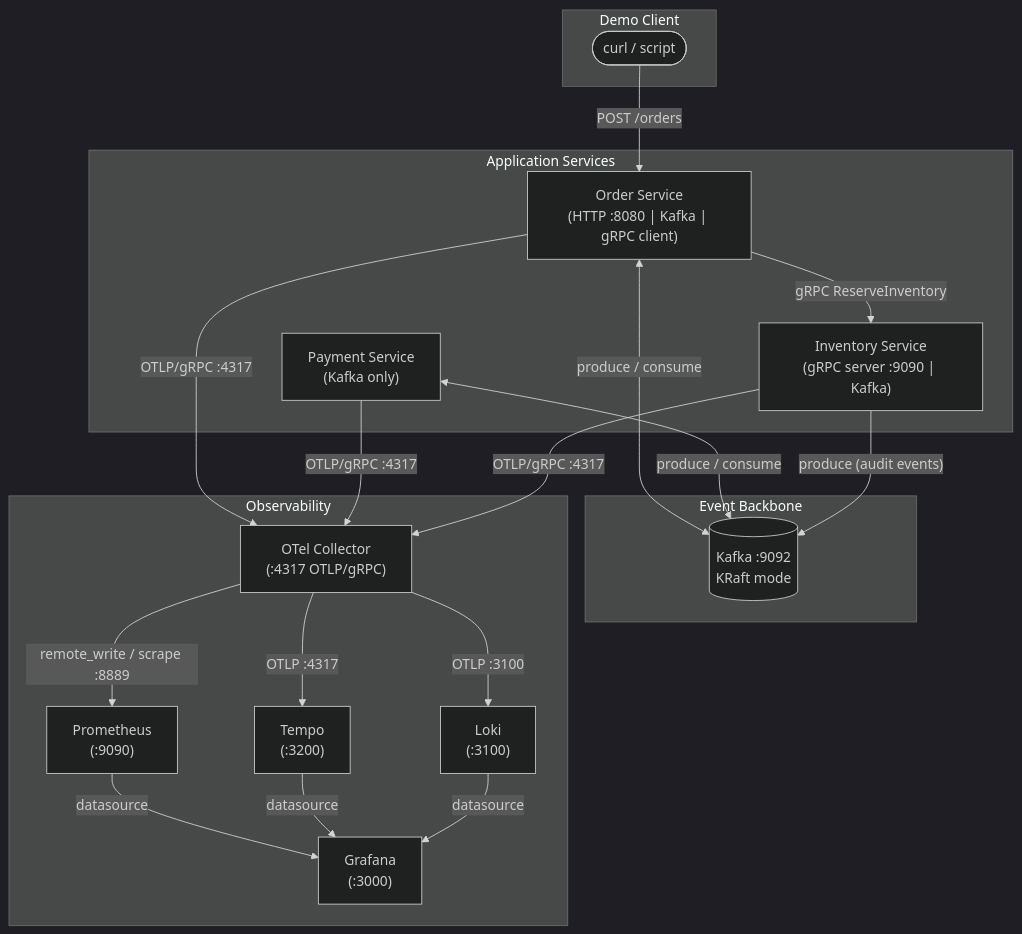
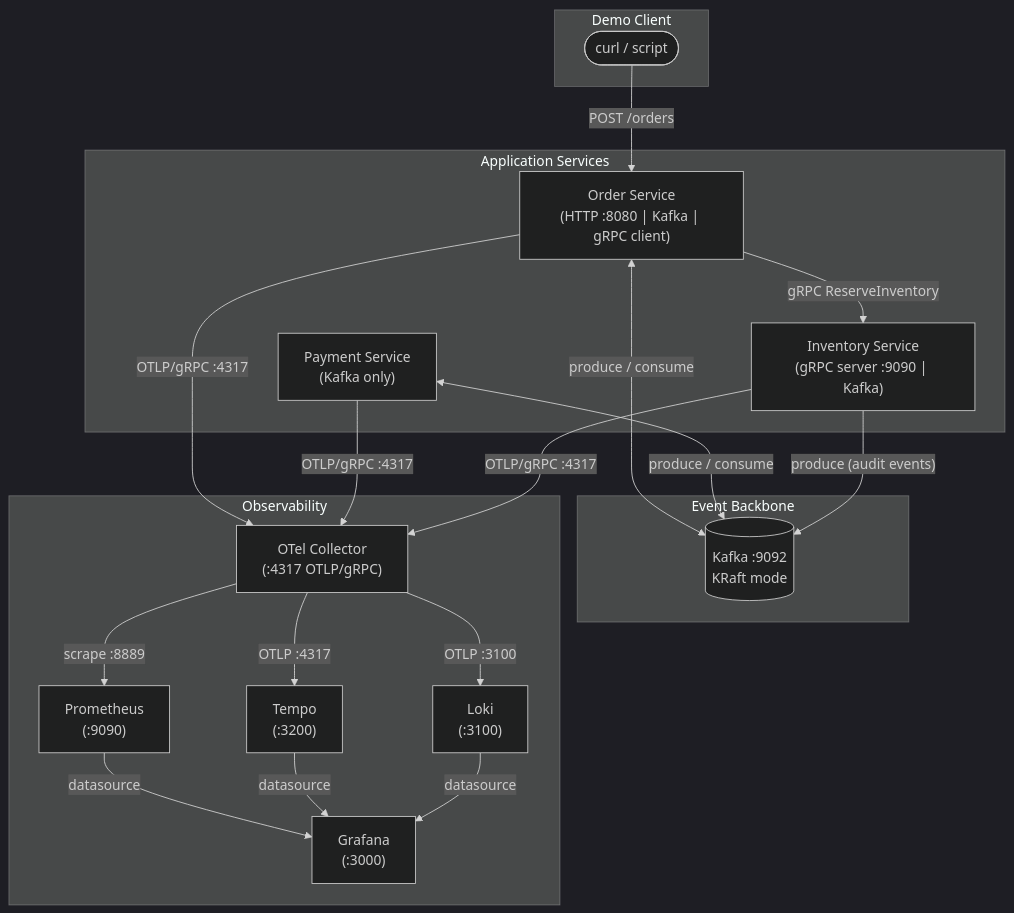
One commit to vlantonov/OrderSagaDemo changed the first of 3 diagrams in docs/design/architecture.md. Above: the diagram before and after it, drawn with Mermaid (dark theme). The commit also changed other lines of this file and 6 other files, not shown here.

````diff
--- a/docs/design/architecture.md
+++ b/docs/design/architecture.md
@@ -31,42 +31,42 @@
 ```mermaid
 graph TD
     subgraph "Demo Client"
         CLI([curl / script])
     end
 
     subgraph "Application Services"
         OS["Order Service\n(HTTP :8080 | Kafka | gRPC client)"]
         PS["Payment Service\n(Kafka only)"]
         IS["Inventory Service\n(gRPC server :9090 | Kafka)"]
     end
 
     subgraph "Event Backbone"
         KF[(Kafka :9092\nKRaft mode)]
     end
 
     subgraph "Observability"
         OC["OTel Collector\n(:4317 OTLP/gRPC)"]
         PR["Prometheus\n(:9090)"]
         LK["Loki\n(:3100)"]
         TP["Tempo\n(:3200)"]
         GF["Grafana\n(:3000)"]
     end
 
     CLI -->|"POST /orders"| OS
     OS -->|"gRPC ReserveInventory"| IS
     OS <-->|"produce / consume"| KF
     PS <-->|"produce / consume"| KF
     IS -->|"produce (audit events)"| KF
 
     OS -->|"OTLP/gRPC :4317"| OC
     PS -->|"OTLP/gRPC :4317"| OC
     IS -->|"OTLP/gRPC :4317"| OC
 
-    OC -->|"remote_write / scrape :8889"| PR
+    OC -->|"scrape :8889"| PR
     OC -->|"OTLP :4317"| TP
     OC -->|"OTLP :3100"| LK
 
     PR -->|"datasource"| GF
     TP -->|"datasource"| GF
     LK -->|"datasource"| GF
 ```
````
